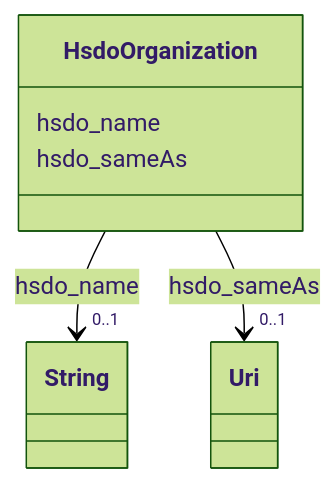
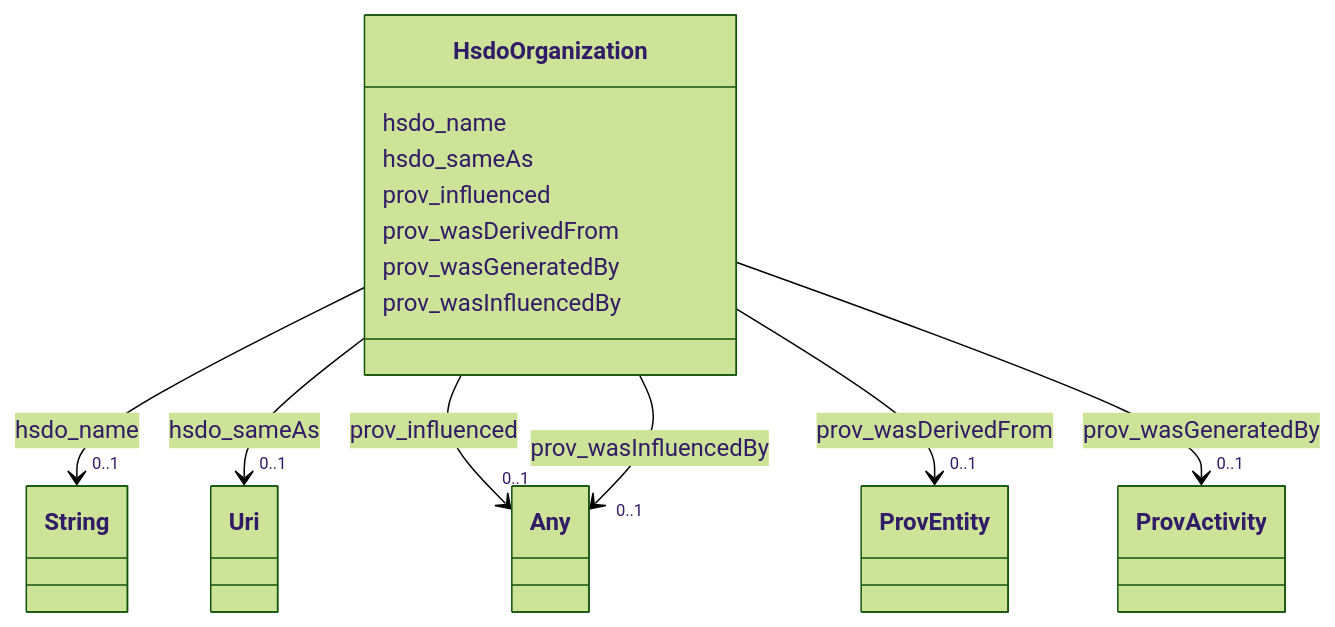
The diagram in dream-kg/classes/HsdoOrganization.md (frink-okn/graph-descriptions), drawn with Mermaid (forest theme) before and after one commit. The commit also changed other lines of this file and 47 other files, not shown here.

````diff
--- a/dream-kg/classes/HsdoOrganization.md
+++ b/dream-kg/classes/HsdoOrganization.md
@@ -19,24 +19,60 @@
 ```mermaid
  classDiagram
     class HsdoOrganization
     click HsdoOrganization href "../HsdoOrganization"
       HsdoOrganization : hsdo_name
         
           
     
     
     HsdoOrganization --> "0..1" String : hsdo_name
     click String href "../String"
 
         
       HsdoOrganization : hsdo_sameAs
         
           
     
     
     HsdoOrganization --> "0..1" Uri : hsdo_sameAs
     click Uri href "../Uri"
 
         
+      HsdoOrganization : prov_influenced
+        
+          
+    
+    
+    HsdoOrganization --> "0..1" Any : prov_influenced
+    click Any href "../Any"
+
+        
+      HsdoOrganization : prov_wasDerivedFrom
+        
+          
+    
+    
+    HsdoOrganization --> "0..1" ProvEntity : prov_wasDerivedFrom
+    click ProvEntity href "../ProvEntity"
+
+        
+      HsdoOrganization : prov_wasGeneratedBy
+        
+          
+    
+    
+    HsdoOrganization --> "0..1" ProvActivity : prov_wasGeneratedBy
+    click ProvActivity href "../ProvActivity"
+
+        
+      HsdoOrganization : prov_wasInfluencedBy
+        
+          
+    
+    
+    HsdoOrganization --> "0..1" Any : prov_wasInfluencedBy
+    click Any href "../Any"
+
+        
       
 ```
````
